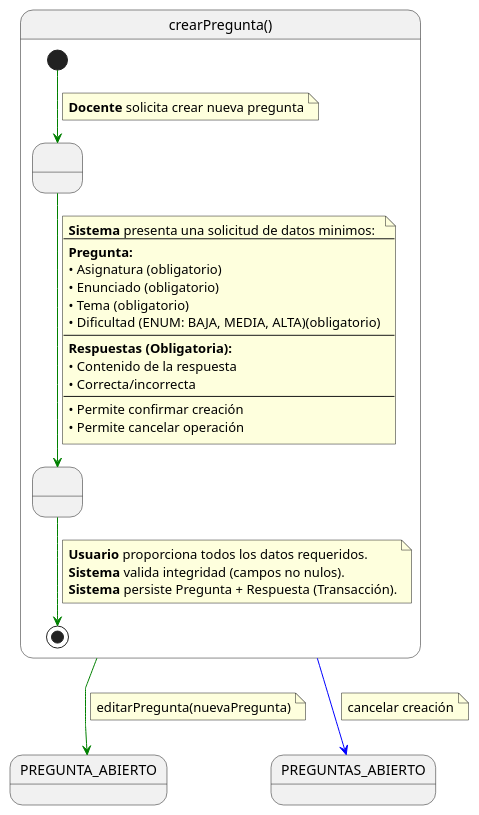
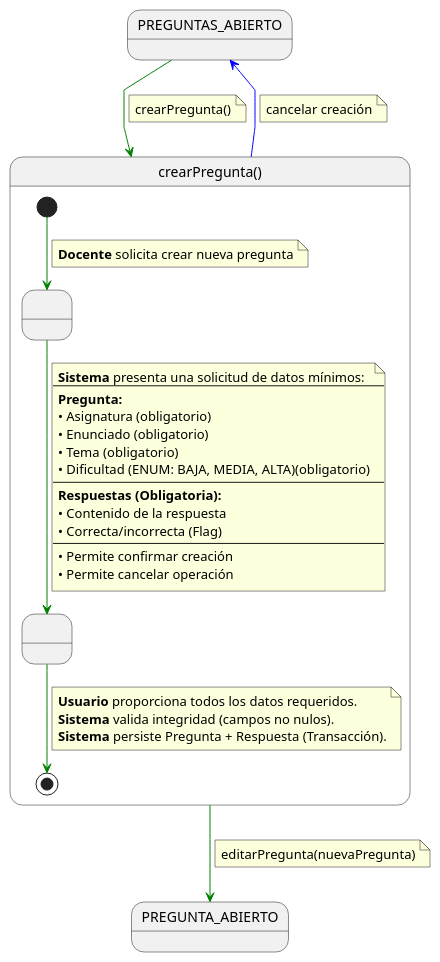
Before and after one commit to martinlopez7/25-26-IdSw1-SdR: the diagram in documents/casos-de-uso/detalladoCasosDeUso/crearPregunta/crearPregunta.puml, drawn with PlantUML. The commit also changed 13 other files, not shown here.

```diff
--- a/documents/casos-de-uso/detalladoCasosDeUso/crearPregunta/crearPregunta.puml
+++ b/documents/casos-de-uso/detalladoCasosDeUso/crearPregunta/crearPregunta.puml
@@ -1,49 +1,65 @@
-@startuml
+@startuml crearPregunta
+
 skinparam linetype polyline
 
+' 1. ESTADO PREVIO (Contexto de origen: Banco de Preguntas)
+state PREGUNTAS_ABIERTO
+
+' 2. TRANSICIÓN DE ENTRADA
+PREGUNTAS_ABIERTO -[#green]-> crearPregunta
+note on link
+crearPregunta()
+end note
+
+' 3. EL CASO DE USO (Caja negra detallada)
 state crearPregunta as "crearPregunta()" {
 
     state " " as SolicitandoDatosPregunta
     state " " as ProcesandoCreacion
 
     [*] -[#green]-> SolicitandoDatosPregunta 
     note on link
     <b>Docente</b> solicita crear nueva pregunta
     end note    
     
     SolicitandoDatosPregunta -[#green]-> ProcesandoCreacion
     note on link
-    <b>Sistema</b> presenta una solicitud de datos minimos:
+    <b>Sistema</b> presenta una solicitud de datos mínimos:
     ---
     <b>Pregunta:</b>
     • Asignatura (obligatorio)
     • Enunciado (obligatorio)
     • Tema (obligatorio)
     • Dificultad (ENUM: BAJA, MEDIA, ALTA)(obligatorio)
     ---
     <b>Respuestas (Obligatoria):</b>
     • Contenido de la respuesta
-    • Correcta/incorrecta
+    • Correcta/incorrecta (Flag)
     ---
     • Permite confirmar creación
     • Permite cancelar operación
     end note
     
     ProcesandoCreacion -[#green]-> [*]
     note on link
     <b>Usuario</b> proporciona todos los datos requeridos.
     <b>Sistema</b> valida integridad (campos no nulos).
     <b>Sistema</b> persiste Pregunta + Respuesta (Transacción).
     end note
 }
 
+' 4. SALIDAS DEL CASO DE USO
+
+' Flujo Exitoso: Va al detalle para seguir editando (añadir más respuestas, imágenes, etc.)
 crearPregunta -[#green]-> PREGUNTA_ABIERTO
 note on link
 editarPregunta(nuevaPregunta)
 end note
 
+' Flujo Alternativo: Cancela y vuelve al banco de preguntas
 crearPregunta -[#blue]-> PREGUNTAS_ABIERTO
 note on link
 cancelar creación
 end note
+
 @enduml
```
